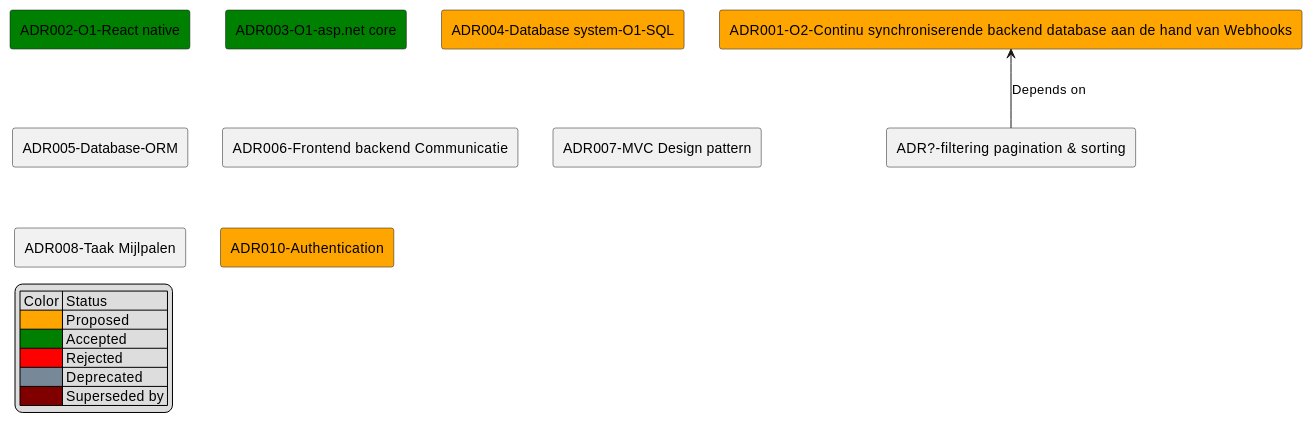
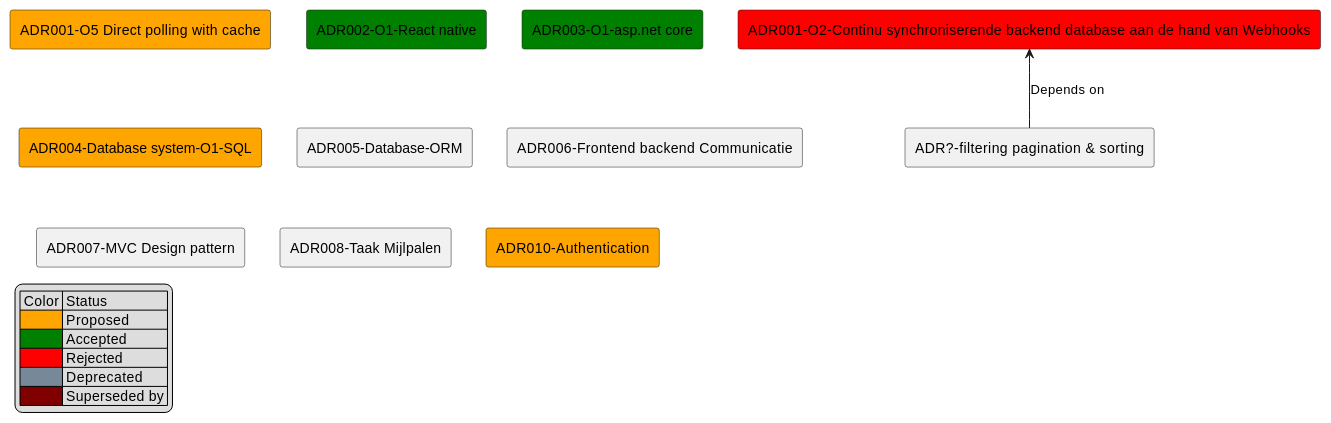
One commit to DCReceveur/pre-afstudeer-docs changed the diagram in Documentatie/UML/Technisch/SAD_ADRs.md. Above: the diagram before and after it, drawn with PlantUML. The commit also changed 8 other files, not shown here.

````diff
--- a/Documentatie/UML/Technisch/SAD_ADRs.md
+++ b/Documentatie/UML/Technisch/SAD_ADRs.md
@@ -1,26 +2,26 @@
 ```puml
-
-rectangle "ADR001-O2-Continu synchroniserende backend database aan de hand van Webhooks" as ADR001 #Orange
+rectangle "ADR001-O2-Continu synchroniserende backend database aan de hand van Webhooks" as ADR001O2 #Red
+rectangle "ADR001-O5 Direct polling with cache" as ADR001O5 #Orange
 rectangle "ADR002-O1-React native" as ADR002 #Green
 rectangle "ADR003-O1-asp.net core" as ADR003 #Green
 rectangle "ADR004-Database system-O1-SQL" as ADR004 #Orange
 rectangle "ADR005-Database-ORM"
 rectangle "ADR006-Frontend backend Communicatie"
 rectangle "ADR007-MVC Design pattern"
 rectangle "ADR008-Taak Mijlpalen"
 rectangle "ADR010-Authentication" #Orange
 rectangle "ADR?-filtering pagination & sorting" as Sorting
 
-
-ADR001 <-- Sorting : Depends on
+ADR001O2 <-- Sorting : Depends on
+' ADR001O5 <-- ADR001O2 : Superseded by
 
 legend left
     | Color | Status |
     |<#Orange>| Proposed |
     |<#Green>| Accepted |
     |<#Red>| Rejected |
     | <#LightSlateGray> | Deprecated |
     | <#Maroon> | Superseded by |
 endlegend
 
 ```
````
